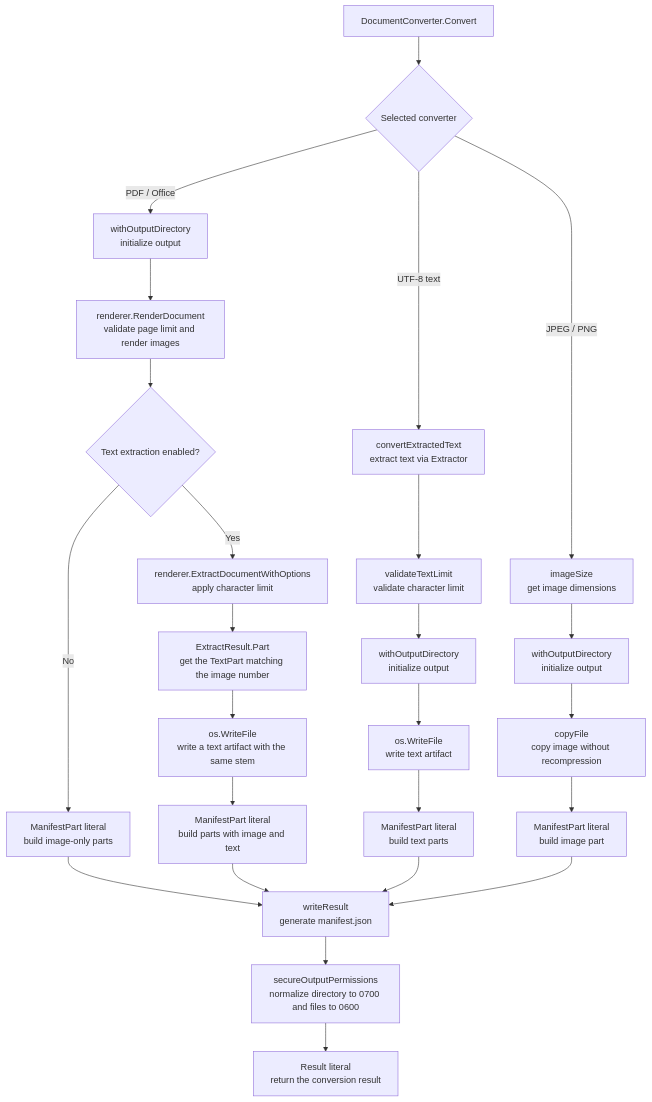
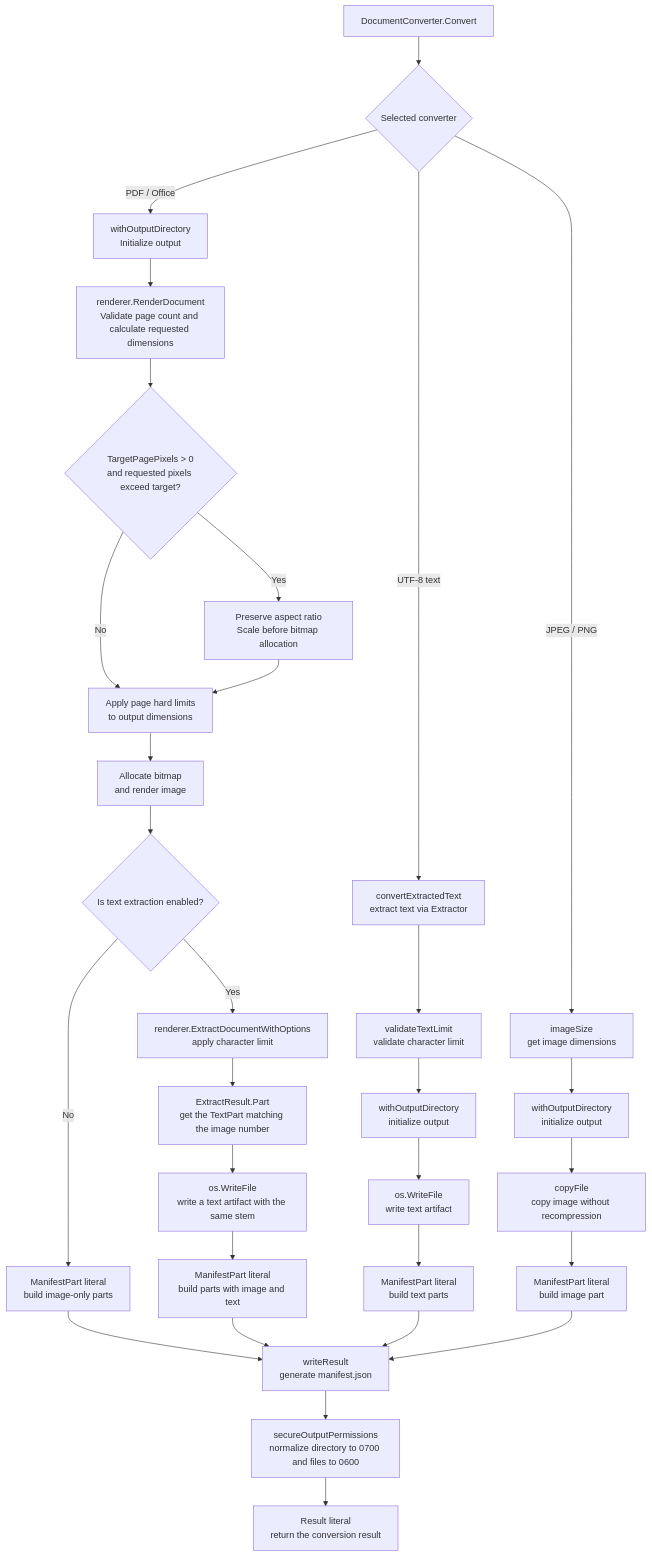
The fifth of 6 diagrams in docs/DESIGN.md (mochizuki875/llm-file-gateway), drawn with Mermaid before and after one commit. The commit also changed other lines of this file and 27 other files, not shown here.

Commit message:
feat: scale rendered document images before bitmap allocation

````diff
--- a/docs/DESIGN.md
+++ b/docs/DESIGN.md
@@ -420,31 +421,36 @@
 ```mermaid
 flowchart TD
   Start[DocumentConverter.Convert] --> Implementation{Selected converter}
 
-  Implementation -->|PDF / Office| PrepareRendered[withOutputDirectory<br/>initialize output]
-  PrepareRendered --> Render[renderer.RenderDocument<br/>validate page limit and render images]
-  Render --> ExtractEnabled{Text extraction enabled?}
+  Implementation -->|PDF / Office| PrepareRendered[withOutputDirectory<br/>Initialize output]
+  PrepareRendered --> RenderStart[renderer.RenderDocument<br/>Validate page count and calculate requested dimensions]
+  RenderStart --> ScaleCheck{TargetPagePixels > 0<br/>and requested pixels exceed target?}
+  ScaleCheck -->|Yes| ScalePage[Preserve aspect ratio<br/>Scale before bitmap allocation]
+  ScaleCheck -->|No| HardLimits[Apply page hard limits<br/>to output dimensions]
+  ScalePage --> HardLimits
+  HardLimits --> Render[Allocate bitmap<br/>and render image]
+  Render --> ExtractEnabled{Is text extraction enabled?}
   ExtractEnabled -->|Yes| Extract[renderer.ExtractDocumentWithOptions<br/>apply character limit]
   ExtractEnabled -->|No| RenderedParts[ManifestPart literal<br/>build image-only parts]
   Extract --> Match[ExtractResult.Part<br/>get the TextPart matching the image number]
   Match --> RenderedText[os.WriteFile<br/>write a text artifact with the same stem]
   RenderedText --> RenderedPartsWithText[ManifestPart literal<br/>build parts with image and text]
 
   Implementation -->|UTF-8 text| TextExtract[convertExtractedText<br/>extract text via Extractor]
   TextExtract --> TextLimit[validateTextLimit<br/>validate character limit]
   TextLimit --> PrepareText[withOutputDirectory<br/>initialize output]
   PrepareText --> TextWrite[os.WriteFile<br/>write text artifact]
   TextWrite --> TextParts[ManifestPart literal<br/>build text parts]
 
   Implementation -->|JPEG / PNG| ImageMetadata[imageSize<br/>get image dimensions]
   ImageMetadata --> PrepareImage[withOutputDirectory<br/>initialize output]
   PrepareImage --> ImageCopy[copyFile<br/>copy image without recompression]
   ImageCopy --> ImagePart[ManifestPart literal<br/>build image part]
 
   RenderedParts --> Manifest[writeResult<br/>generate manifest.json]
   RenderedPartsWithText --> Manifest
   TextParts --> Manifest
   ImagePart --> Manifest
   Manifest --> Permissions[secureOutputPermissions<br/>normalize directory to 0700 and files to 0600]
   Permissions --> Result[Result literal<br/>return the conversion result]
 ```
````
